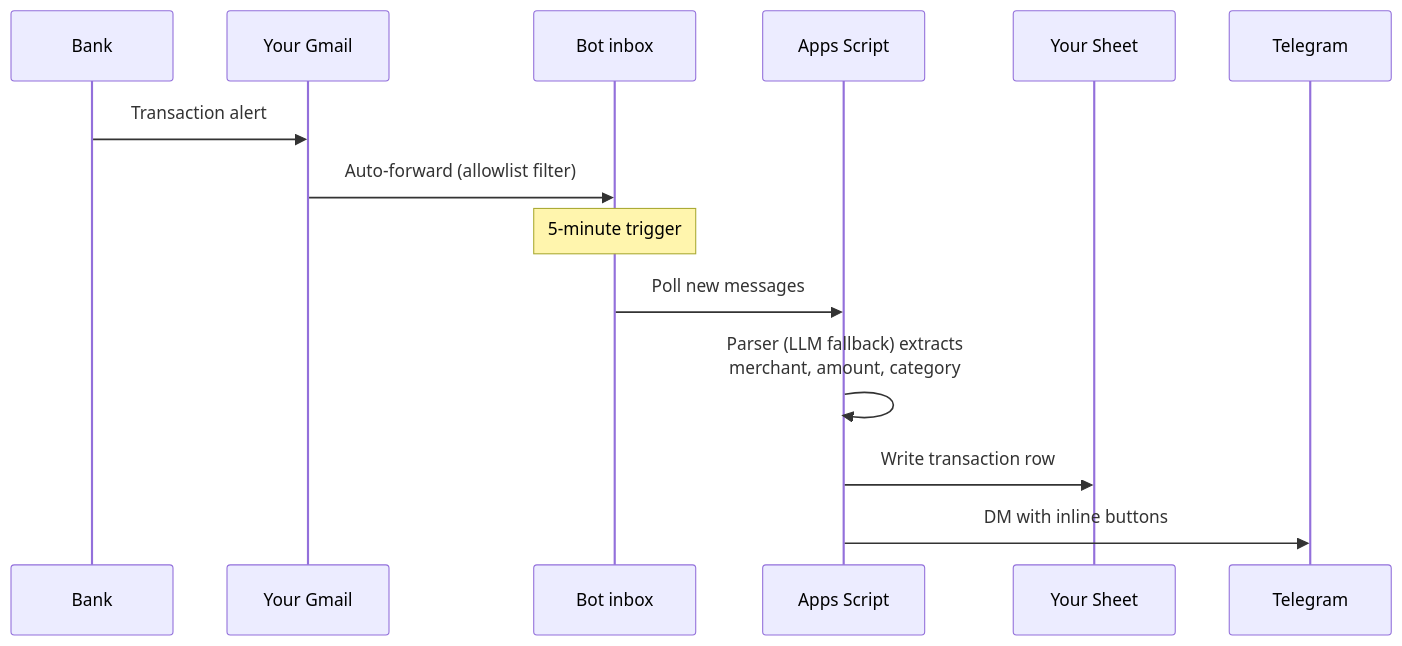
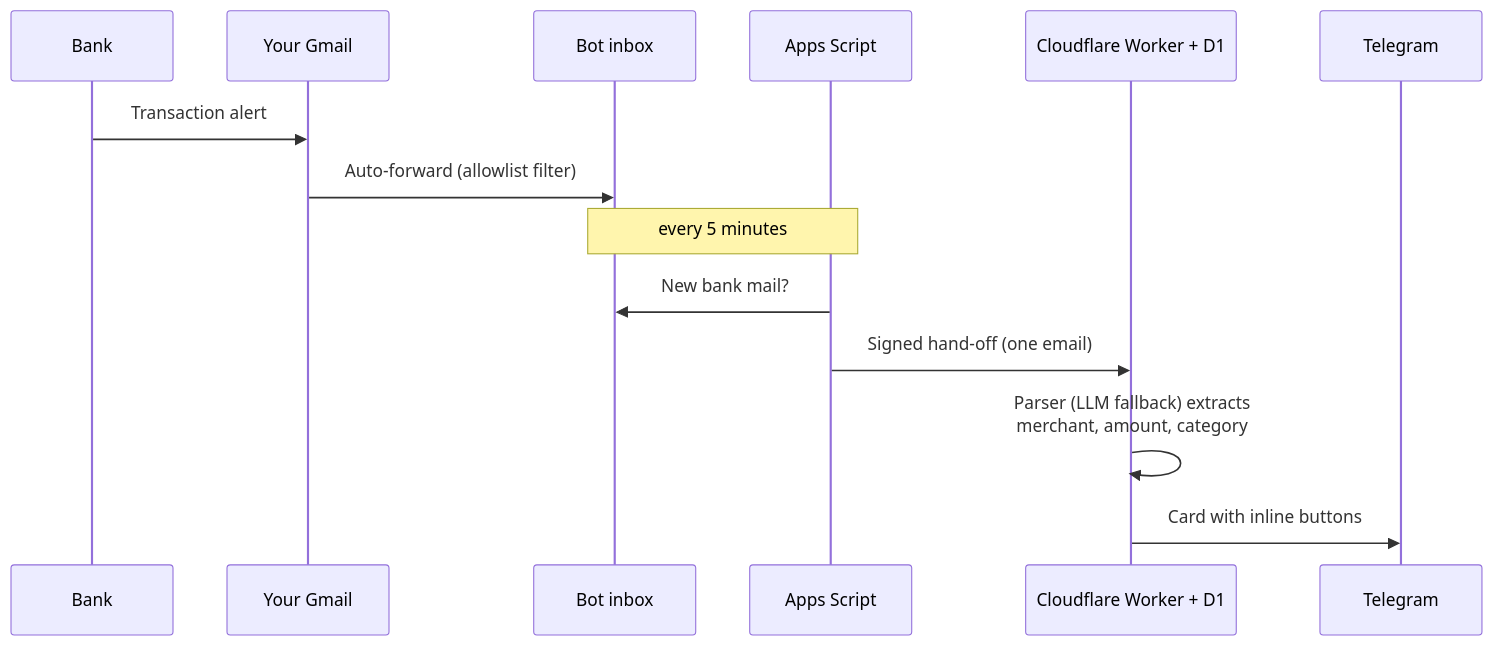
Before and after one commit to Rrishik/dus-aane-bot: the first of 2 diagrams in README.md, drawn with Mermaid. The commit also changed other lines of this file and 4 other files, not shown here.

````diff
--- a/README.md
+++ b/README.md
@@ -102,16 +101,16 @@
 ```mermaid
 sequenceDiagram
     participant Bank
     participant Gmail as Your Gmail
     participant Inbox as Bot inbox
-    participant Bot as Apps Script
-    participant Sheet as Your Sheet
+    participant AS as Apps Script
+    participant W as Cloudflare Worker + D1
     participant TG as Telegram
     Bank->>Gmail: Transaction alert
     Gmail->>Inbox: Auto-forward (allowlist filter)
-    Note over Inbox: 5-minute trigger
-    Inbox->>Bot: Poll new messages
-    Bot->>Bot: Parser (LLM fallback) extracts<br/>merchant, amount, category
-    Bot->>Sheet: Write transaction row
-    Bot->>TG: DM with inline buttons
+    Note over Inbox,AS: every 5 minutes
+    AS->>Inbox: New bank mail?
+    AS->>W: Signed hand-off (one email)
+    W->>W: Parser (LLM fallback) extracts<br/>merchant, amount, category
+    W->>TG: Card with inline buttons
 ```
````
